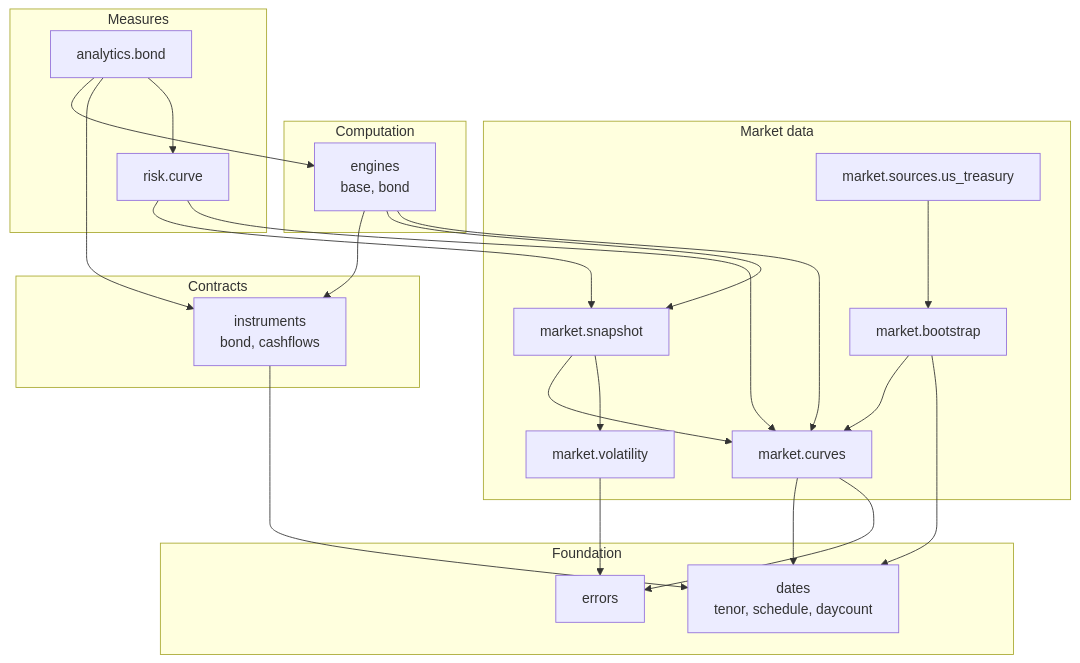
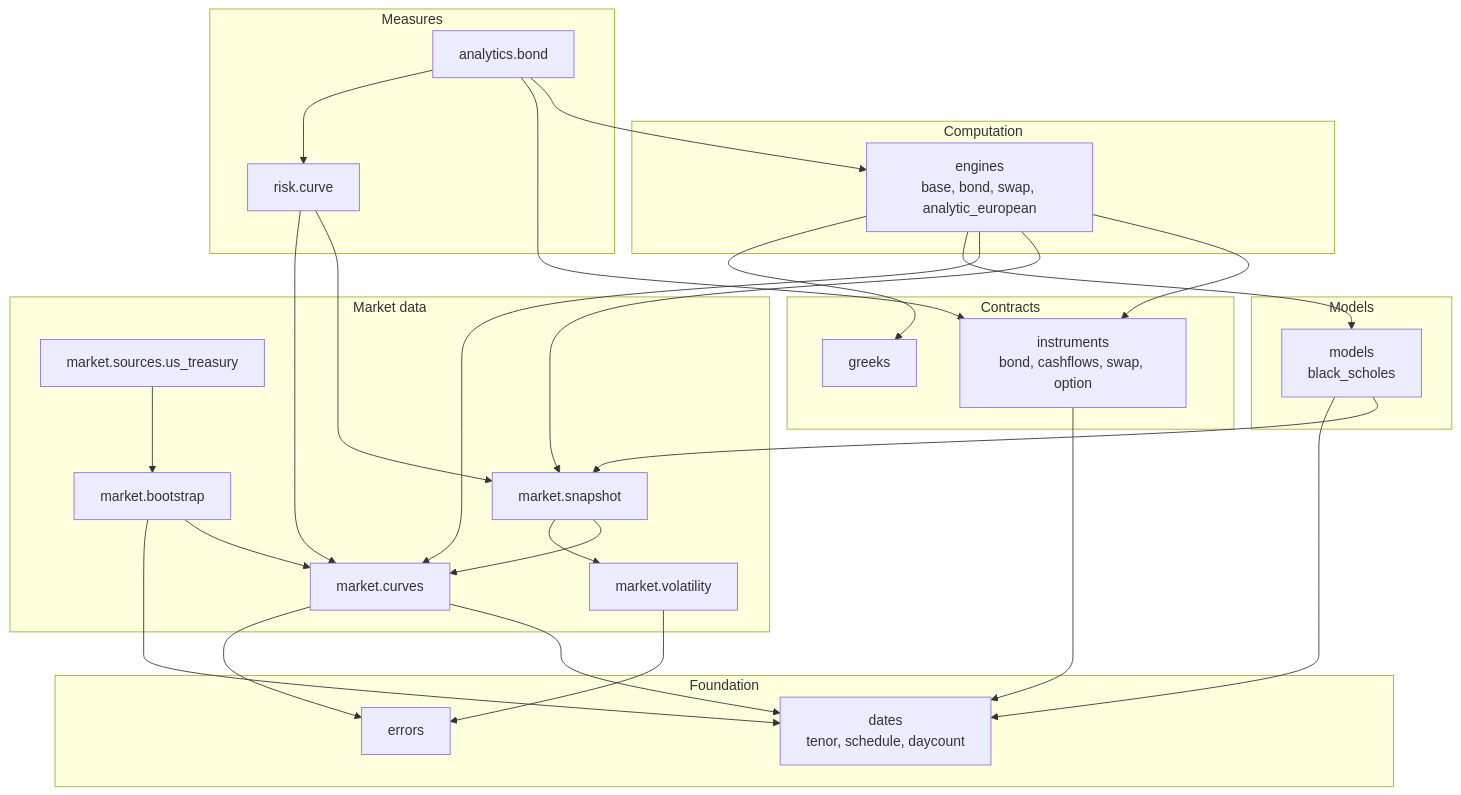
One commit to Djewiet/pricing-risk-engine changed the second of 2 diagrams in docs/architecture/index.md. Above: the diagram before and after it, drawn with Mermaid. The commit also changed other lines of this file and 25 other files, not shown here.

````diff
--- a/docs/architecture/index.md
+++ b/docs/architecture/index.md
@@ -46,34 +46,39 @@
 ```mermaid
 flowchart TB
     subgraph L0["Foundation"]
         errors["errors"]
         dates["dates<br/>tenor, schedule, daycount"]
     end
     subgraph L1["Market data"]
         curves["market.curves"]
         vol["market.volatility"]
         boot["market.bootstrap"]
         snap["market.snapshot"]
         tsy["market.sources.us_treasury"]
     end
     subgraph L2["Contracts"]
-        instr["instruments<br/>bond, cashflows"]
+        instr["instruments<br/>bond, cashflows, swap, option"]
+        greeks["greeks"]
+    end
+    subgraph LM["Models"]
+        models["models<br/>black_scholes"]
     end
     subgraph L3["Computation"]
-        eng["engines<br/>base, bond"]
+        eng["engines<br/>base, bond, swap, analytic_european"]
     end
     subgraph L4["Measures"]
         risk["risk.curve"]
         ana["analytics.bond"]
     end
 
     curves --> dates & errors
     vol --> errors
     boot --> curves & dates
     snap --> curves & vol
     tsy --> boot
     instr --> dates
-    eng --> instr & snap & curves
+    models --> snap & dates
+    eng --> instr & snap & curves & models & greeks
     risk --> snap & curves
     ana --> eng & instr & risk
 ```
````
